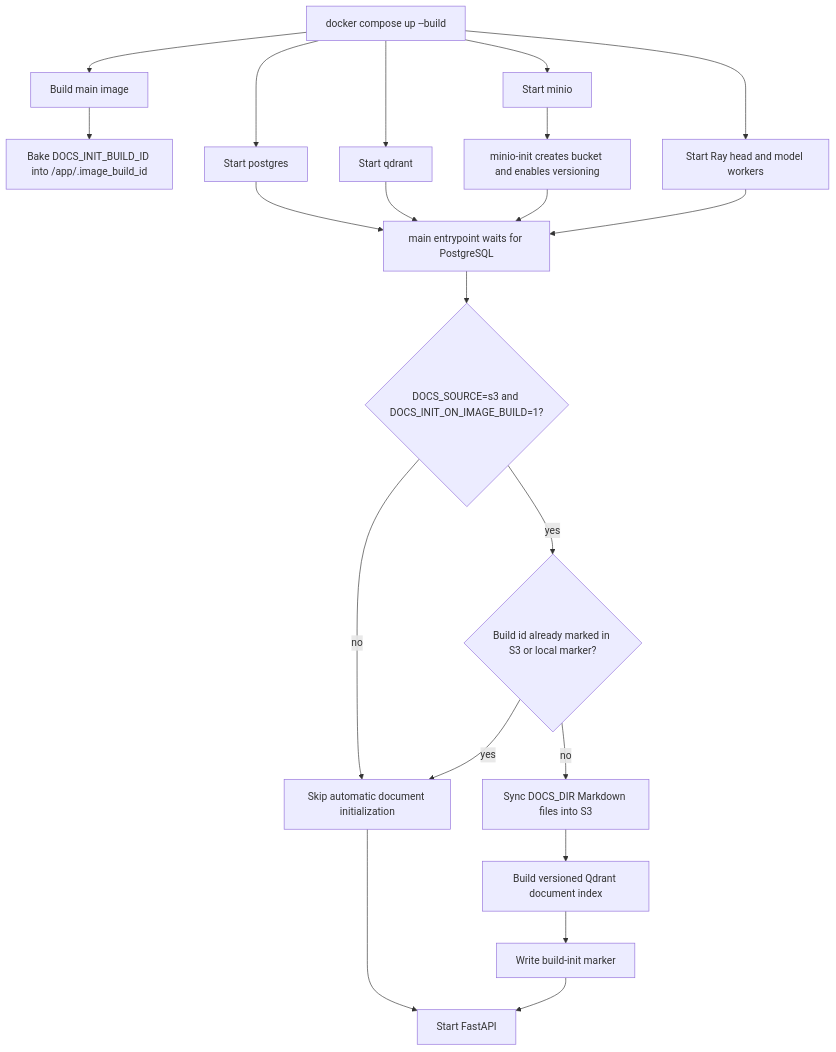
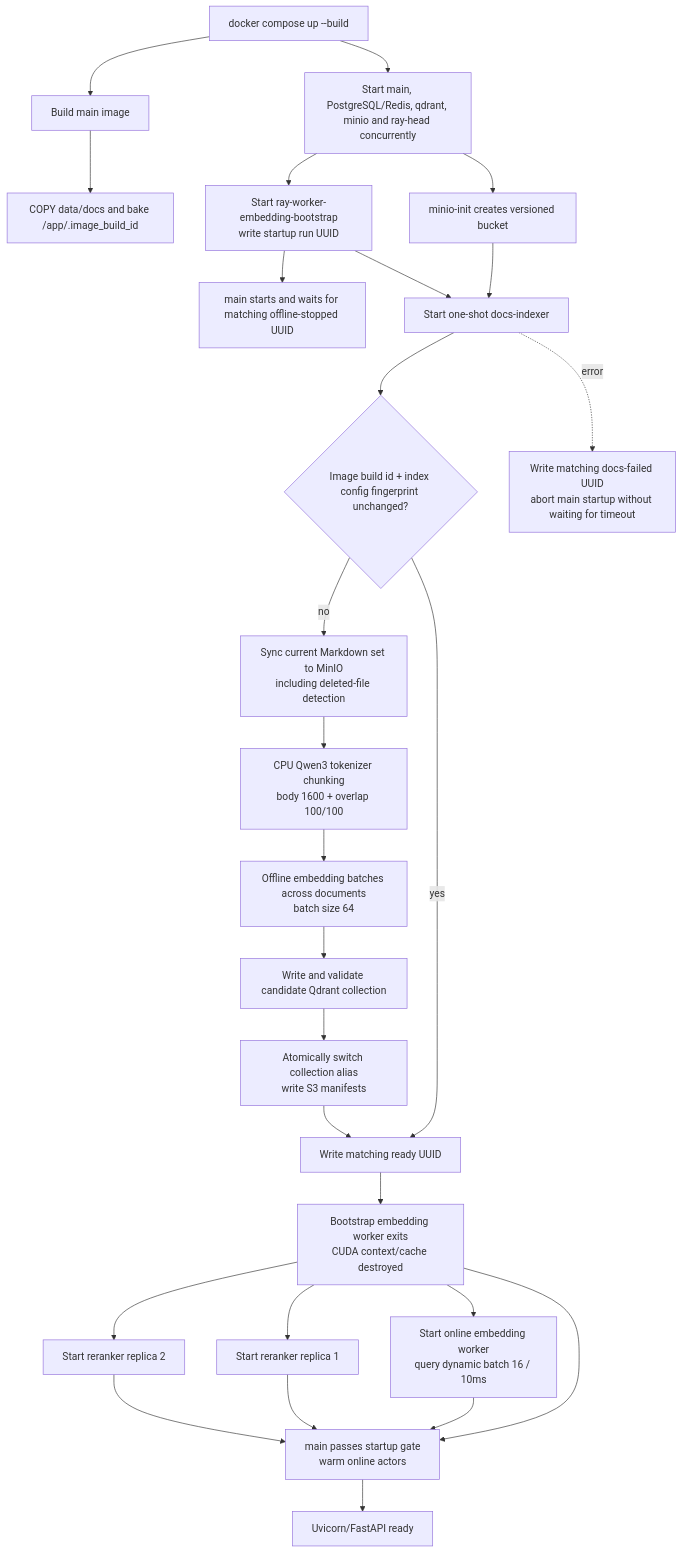
The second of 4 diagrams in readme.md (XingjiaYang/Knowledge-Base-Assistant), drawn with Mermaid before and after one commit. The commit also changed other lines of this file and 151 other files, not shown here.

````diff
--- a/readme.md
+++ b/readme.md
@@ -288,23 +359,29 @@
 ```mermaid
 flowchart TD
     A["docker compose up --build"] --> B["Build main image"]
-    B --> C["Bake DOCS_INIT_BUILD_ID into /app/.image_build_id"]
-    A --> D["Start postgres"]
-    A --> E["Start qdrant"]
-    A --> F["Start minio"]
-    A --> R["Start Ray head and model workers"]
-    F --> G["minio-init creates bucket and enables versioning"]
-    D --> H["main entrypoint waits for PostgreSQL"]
-    E --> H
-    G --> H
-    R --> H
-    H --> I{"DOCS_SOURCE=s3 and DOCS_INIT_ON_IMAGE_BUILD=1?"}
-    I -- "no" --> J["Skip automatic document initialization"]
-    I -- "yes" --> K{"Build id already marked in S3 or local marker?"}
-    K -- "yes" --> J
-    K -- "no" --> L["Sync DOCS_DIR Markdown files into S3"]
-    L --> M["Build versioned Qdrant document index"]
-    M --> N["Write build-init marker"]
-    J --> O["Start FastAPI"]
-    N --> O
+    B --> C["COPY data/docs and bake /app/.image_build_id"]
+    A --> Infra["Start main, PostgreSQL/Redis, qdrant, minio and ray-head concurrently"]
+    Infra --> Bucket["minio-init creates versioned bucket"]
+    Infra --> Offline["Start ray-worker-embedding-bootstrap<br/>write startup run UUID"]
+    Offline --> MainWait["main starts and waits for matching offline-stopped UUID"]
+    Bucket --> Indexer["Start one-shot docs-indexer"]
+    Offline --> Indexer
+    Indexer --> Marker{"Image build id + index config fingerprint unchanged?"}
+    Marker -- "yes" --> Ready["Write matching ready UUID"]
+    Marker -- "no" --> Sync["Sync current Markdown set to MinIO<br/>including deleted-file detection"]
+    Indexer -. "error" .-> Failed["Write matching docs-failed UUID<br/>abort main startup without waiting for timeout"]
+    Sync --> Chunk["CPU Qwen3 tokenizer chunking<br/>body 1600 + overlap 100/100"]
+    Chunk --> Batch["Offline embedding batches across documents<br/>batch size 64"]
+    Batch --> Candidate["Write and validate candidate Qdrant collection"]
+    Candidate --> Alias["Atomically switch collection alias<br/>write S3 manifests"]
+    Alias --> Ready
+    Ready --> Stop["Bootstrap embedding worker exits<br/>CUDA context/cache destroyed"]
+    Stop --> Online["Start online embedding worker<br/>query dynamic batch 16 / 10ms"]
+    Stop --> RR1["Start reranker replica 1"]
+    Stop --> RR2["Start reranker replica 2"]
+    Stop --> MainWarm["main passes startup gate<br/>warm online actors"]
+    Online --> MainWarm
+    RR1 --> MainWarm
+    RR2 --> MainWarm
+    MainWarm --> API["Uvicorn/FastAPI ready"]
 ```
````
